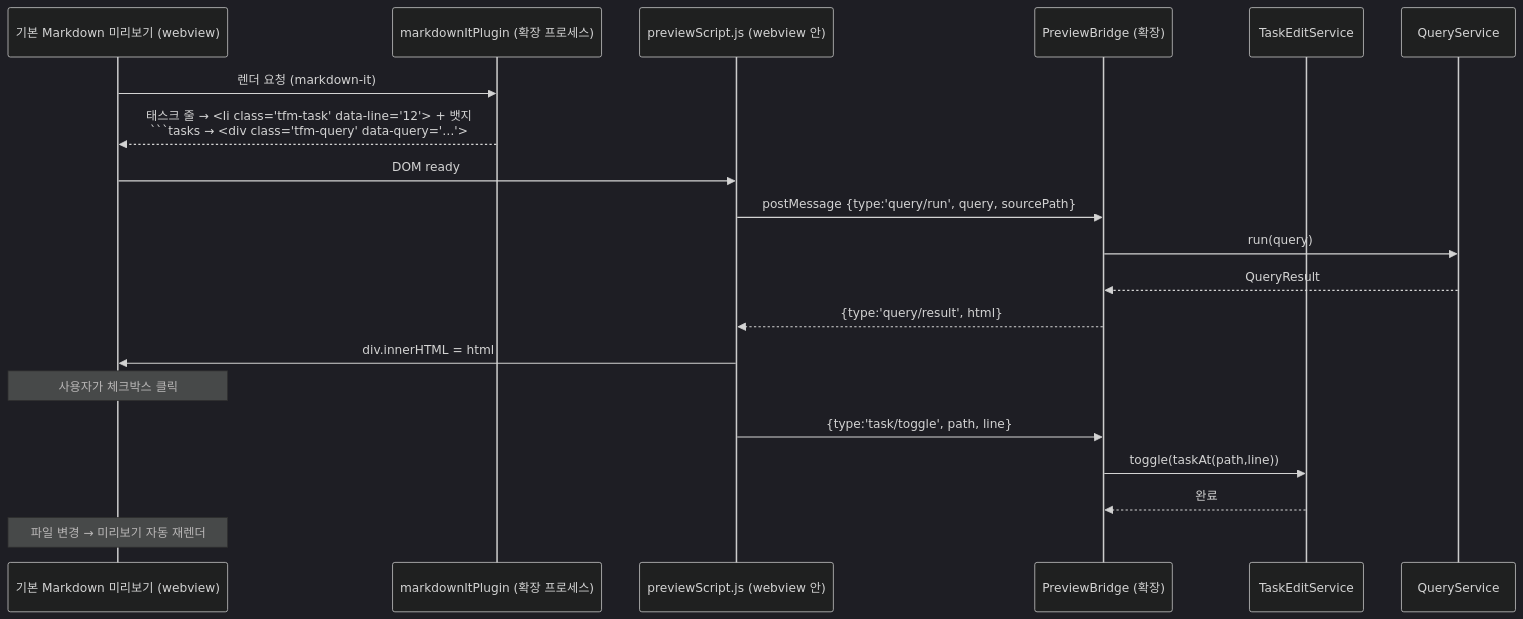
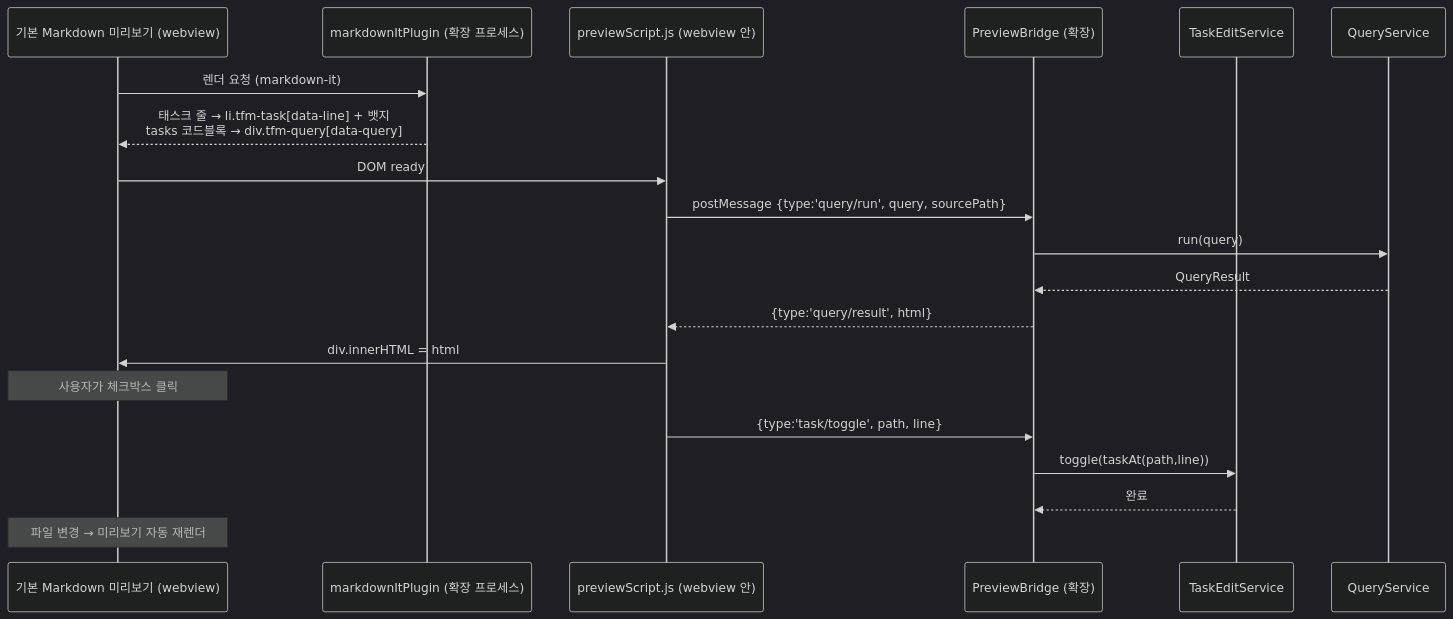
One commit to W-Leester/tasks-for-markdown changed the eighth of 15 diagrams in docs/design.md. Above: the diagram before and after it, drawn with Mermaid (dark theme). The commit also changed other lines of this file and 25 other files, not shown here.

First line of the commit message:
docs: add SVG renderings for all design diagrams and UI mockups

````diff
--- a/docs/design.md
+++ b/docs/design.md
@@ -402,23 +419,23 @@
 ```mermaid
 sequenceDiagram
     participant MD as 기본 Markdown 미리보기 (webview)
     participant MIP as markdownItPlugin (확장 프로세스)
     participant PS as previewScript.js (webview 안)
     participant PB as PreviewBridge (확장)
     participant ES as TaskEditService
     participant QS as QueryService
 
     MD->>MIP: 렌더 요청 (markdown-it)
-    MIP-->>MD: 태스크 줄 → <li class="tfm-task" data-line="12"> + 뱃지<br/>```tasks → <div class="tfm-query" data-query="…">
+    MIP-->>MD: 태스크 줄 → li.tfm-task[data-line] + 뱃지<br/>tasks 코드블록 → div.tfm-query[data-query]
     MD->>PS: DOM ready
     PS->>PB: postMessage {type:'query/run', query, sourcePath}
     PB->>QS: run(query)
     QS-->>PB: QueryResult
     PB-->>PS: {type:'query/result', html}
     PS->>MD: div.innerHTML = html
     Note over MD: 사용자가 체크박스 클릭
     PS->>PB: {type:'task/toggle', path, line}
     PB->>ES: toggle(taskAt(path,line))
     ES-->>PB: 완료
     Note over MD: 파일 변경 → 미리보기 자동 재렌더
 ```
````
